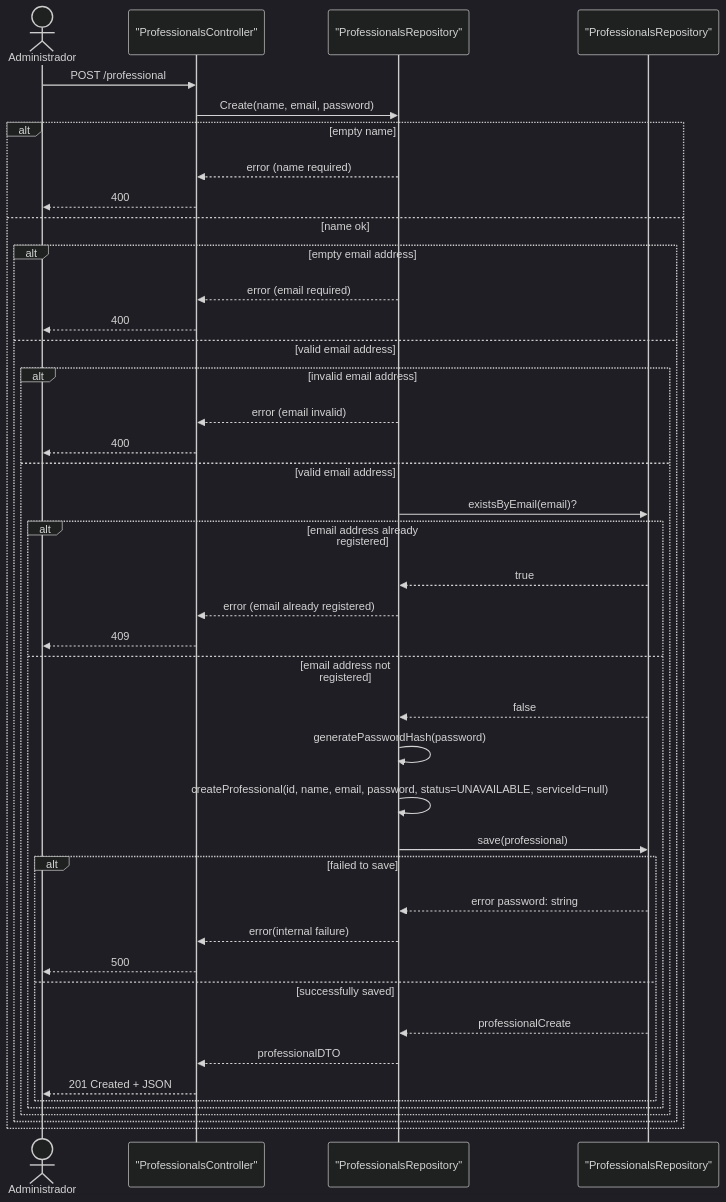
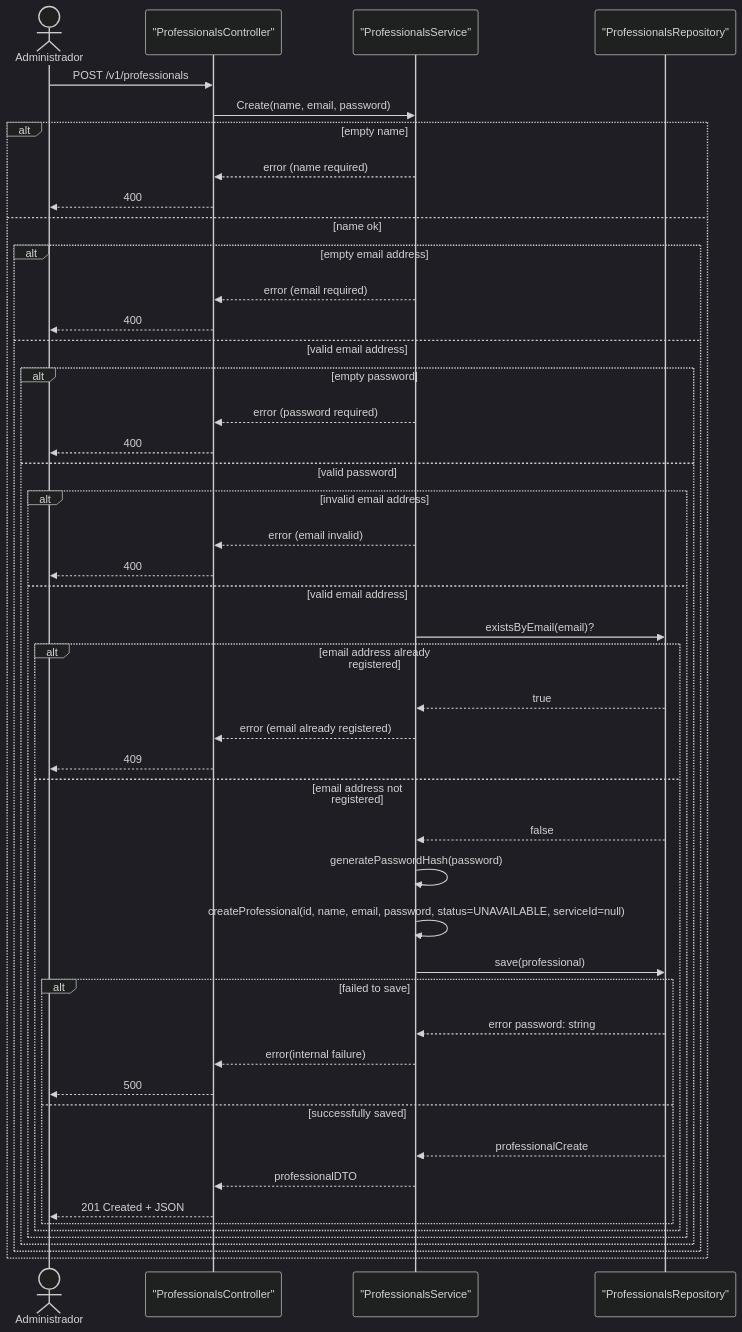
Before and after one commit to IsabelaSiqueira1/systemPDI: the fourth of 11 diagrams in docs/sequence_diagram.md, drawn with Mermaid (dark theme). The commit also changed other lines of this file and 4 other files, not shown here.

Commit message:
refactor: update professional repository to use linked list for storage and improve email checks

````diff
--- a/docs/sequence_diagram.md
+++ b/docs/sequence_diagram.md
@@ -331,51 +332,57 @@
 ```mermaid
 sequenceDiagram
     actor Admin as Administrador
     participant API as "ProfessionalsController"
-    participant SVC as "ProfessionalsRepository"
+    participant SVC as "ProfessionalsService"
     participant Repo as "ProfessionalsRepository"
 
-    Admin->>API: POST /professional
+    Admin->>API: POST /v1/professionals
     API->>SVC: Create(name, email, password)
 
     alt empty name
         SVC-->>API: error (name required)
         API-->>Admin: 400
     else name ok
 
         alt empty email address
             SVC-->>API: error (email required)
             API-->>Admin: 400
         else valid email address
 
-            alt invalid email address
-                SVC-->>API: error (email invalid)
+            alt empty password
+                SVC-->>API: error (password required)
                 API-->>Admin: 400
-            else valid email address
+            else valid password
 
-                SVC->>Repo: existsByEmail(email)?
-                alt email address already registered
-                    Repo-->>SVC: true
-                    SVC-->>API: error (email already registered)
-                    API-->>Admin: 409
-                else email address not registered
-                    Repo-->>SVC: false
+                alt invalid email address
+                    SVC-->>API: error (email invalid)
+                    API-->>Admin: 400
+                else valid email address
 
-                    SVC->>SVC: generatePasswordHash(password)
-                    SVC->>SVC: createProfessional(id, name, email, password, status=UNAVAILABLE, serviceId=null)
+                    SVC->>Repo: existsByEmail(email)?
+                    alt email address already registered
+                        Repo-->>SVC: true
+                        SVC-->>API: error (email already registered)
+                        API-->>Admin: 409
+                    else email address not registered
+                        Repo-->>SVC: false
 
-                    SVC->>Repo: save(professional)
-                    alt failed to save
-                        Repo-->>SVC: error password: string
-                        SVC-->>API: error(internal failure)
-                        API-->>Admin: 500
-                    else successfully saved
-                        Repo-->>SVC: professionalCreate
-                        SVC-->>API: professionalDTO
-                        API-->>Admin: 201 Created + JSON
+                        SVC->>SVC: generatePasswordHash(password)
+                        SVC->>SVC: createProfessional(id, name, email, password, status=UNAVAILABLE, serviceId=null)
+
+                        SVC->>Repo: save(professional)
+                        alt failed to save
+                            Repo-->>SVC: error password: string
+                            SVC-->>API: error(internal failure)
+                            API-->>Admin: 500
+                        else successfully saved
+                            Repo-->>SVC: professionalCreate
+                            SVC-->>API: professionalDTO
+                            API-->>Admin: 201 Created + JSON
+                        end
                     end
                 end
             end
         end
     end
 ```
````
